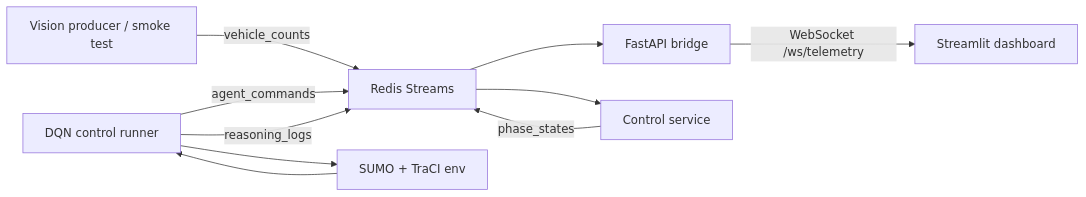
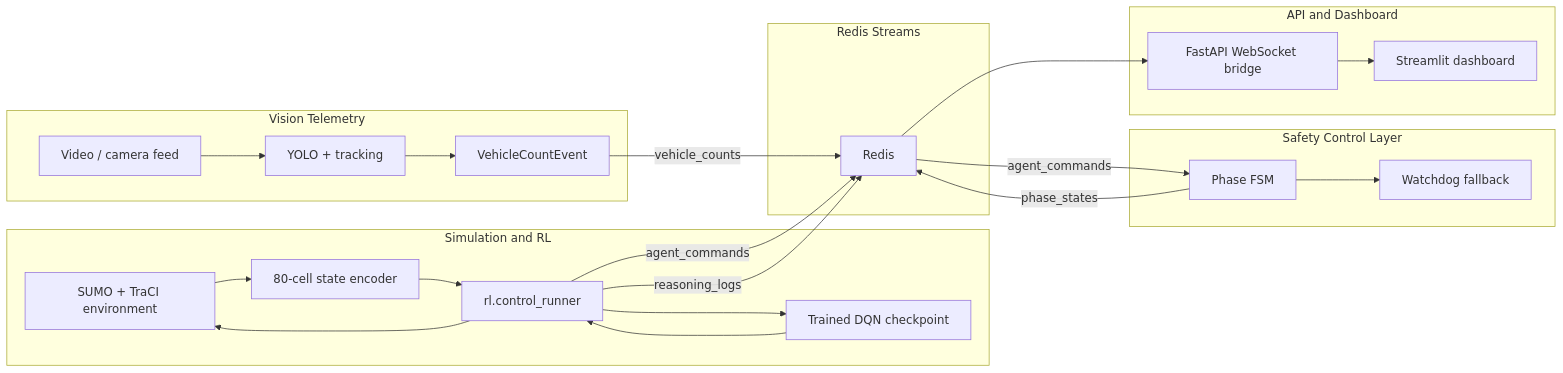
One commit to truongNgn/smart-traffic-light-system changed the diagram in README.md. Above: the diagram before and after it, drawn with Mermaid. The commit also changed other lines of this file, not shown here.

````diff
--- a/README.md
+++ b/README.md
@@ -12,12 +37,41 @@
 ```mermaid
 flowchart LR
-    V["Vision producer / smoke test"] -->|vehicle_counts| R["Redis Streams"]
-    A["DQN control runner"] -->|agent_commands| R
-    A -->|reasoning_logs| R
-    R --> API["FastAPI bridge"]
-    R --> C["Control service"]
-    C -->|phase_states| R
-    API -->|WebSocket /ws/telemetry| D["Streamlit dashboard"]
-    S["SUMO + TraCI env"] --> A
-    A --> S
+    subgraph Simulation["Simulation and RL"]
+        SUMO["SUMO + TraCI environment"]
+        State["80-cell state encoder"]
+        DQN["Trained DQN checkpoint"]
+        Runner["rl.control_runner"]
+        SUMO --> State --> Runner --> DQN --> Runner
+        Runner --> SUMO
+    end
+
+    subgraph Bus["Redis Streams"]
+        Redis["Redis"]
+    end
+
+    subgraph Control["Safety Control Layer"]
+        FSM["Phase FSM"]
+        Watchdog["Watchdog fallback"]
+        FSM --> Watchdog
+    end
+
+    subgraph Observability["API and Dashboard"]
+        API["FastAPI WebSocket bridge"]
+        Dashboard["Streamlit dashboard"]
+        API --> Dashboard
+    end
+
+    subgraph Vision["Vision Telemetry"]
+        Video["Video / camera feed"]
+        YOLO["YOLO + tracking"]
+        Counts["VehicleCountEvent"]
+        Video --> YOLO --> Counts
+    end
+
+    Runner -->|"agent_commands"| Redis
+    Runner -->|"reasoning_logs"| Redis
+    Counts -->|"vehicle_counts"| Redis
+    Redis -->|"agent_commands"| FSM
+    FSM -->|"phase_states"| Redis
+    Redis --> API
 ```
````
